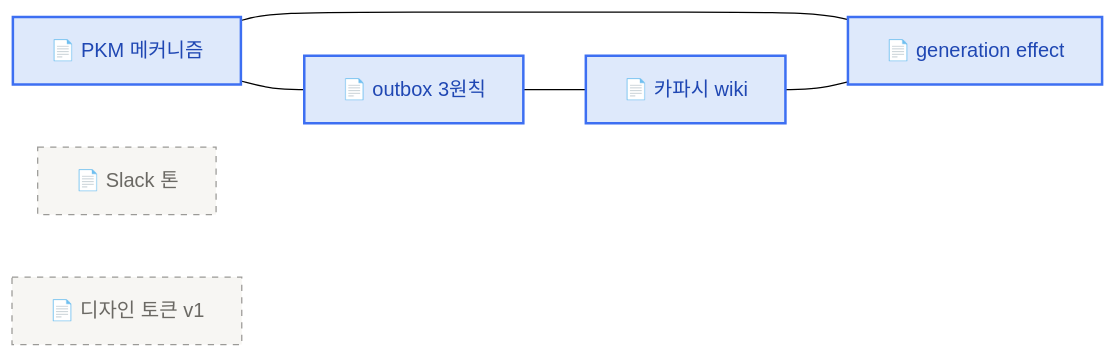
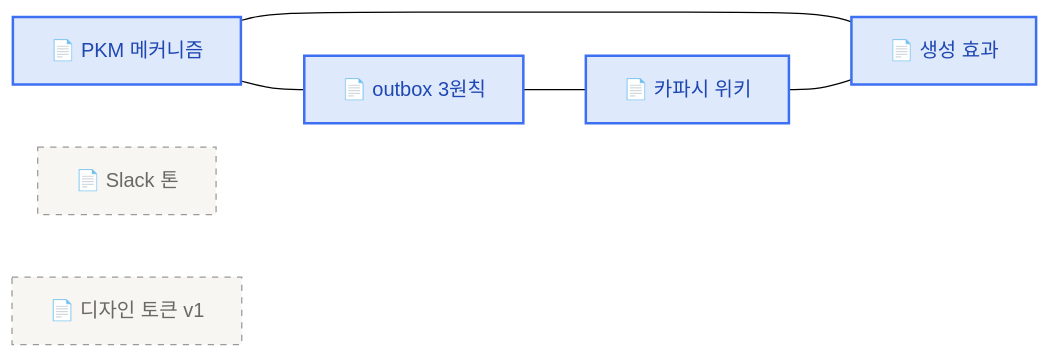
One commit to imakerjun/ai-learning-agent-workshop changed the first of 2 diagrams in content/dashboard.mdx. Above: the diagram before and after it, drawn with Mermaid (forest theme). The commit also changed other lines of this file and 1 other file, not shown here.

Commit message:
(content) update dashboard.mdx 외 1개

````diff
--- a/content/dashboard.mdx
+++ b/content/dashboard.mdx
@@ -69,19 +69,19 @@
 ```mermaid
 flowchart LR
     A["📄 PKM 메커니즘"]
     B["📄 outbox 3원칙"]
-    C["📄 카파시 wiki"]
-    D["📄 generation effect"]
+    C["📄 카파시 위키"]
+    D["📄 생성 효과"]
     E["📄 Slack 톤"]
     F["📄 디자인 토큰 v1"]
 
     A --- B
     B --- C
     A --- D
     C --- D
 
     classDef connected fill:#dee9fb,stroke:#3d6ff2,stroke-width:2px,color:#1f47b3
     classDef isolated fill:#f7f6f3,stroke:#9b9a97,stroke-dasharray:5,color:#6b6964
     class A,B,C,D connected
     class E,F isolated
 ```
````
